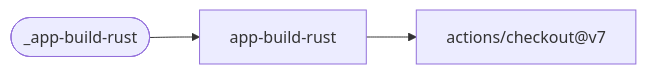
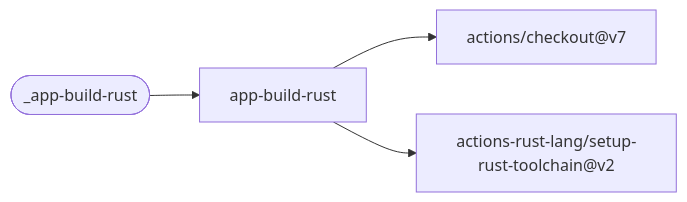
Before and after one commit to f2calv/gha-workflows: the fifth of 14 diagrams in README.md, drawn with Mermaid. The commit also changed other lines of this file and 14 other files, not shown here.

````diff
--- a/README.md
+++ b/README.md
@@ -276,6 +274,7 @@
 ```mermaid
-flowchart LR
+graph LR
     classDef f2calv fill:#dbeafe,stroke:#2563eb,color:#1e3a5f
     W(["_app-build-rust"]) --> J["app-build-rust"]
     J --> A1["actions/checkout@v7"]
+    J --> A2["actions-rust-lang/setup-rust-toolchain@v2"]
 ```
````
